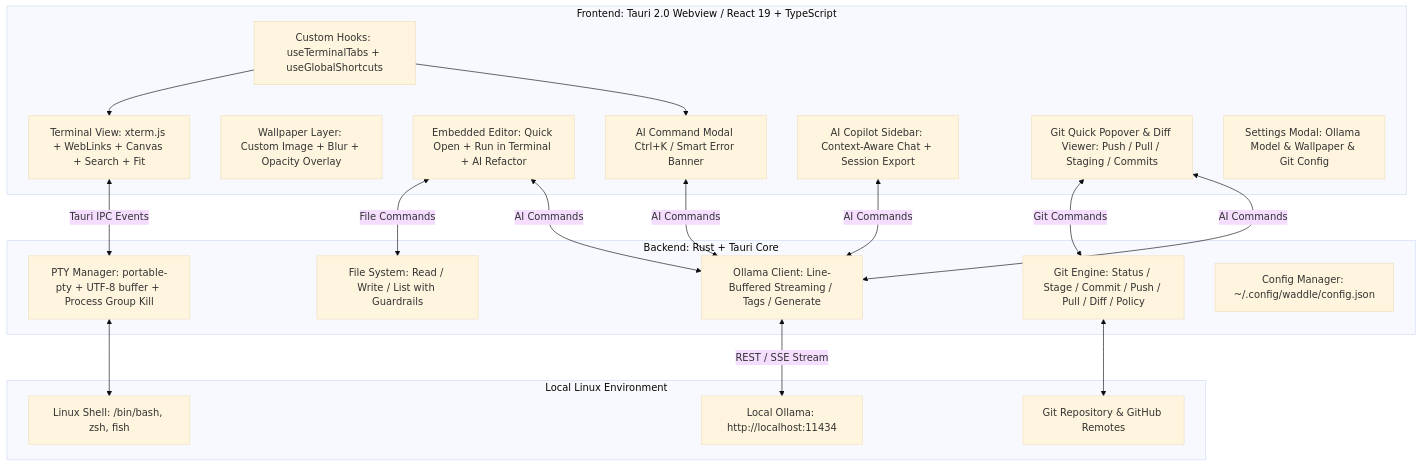
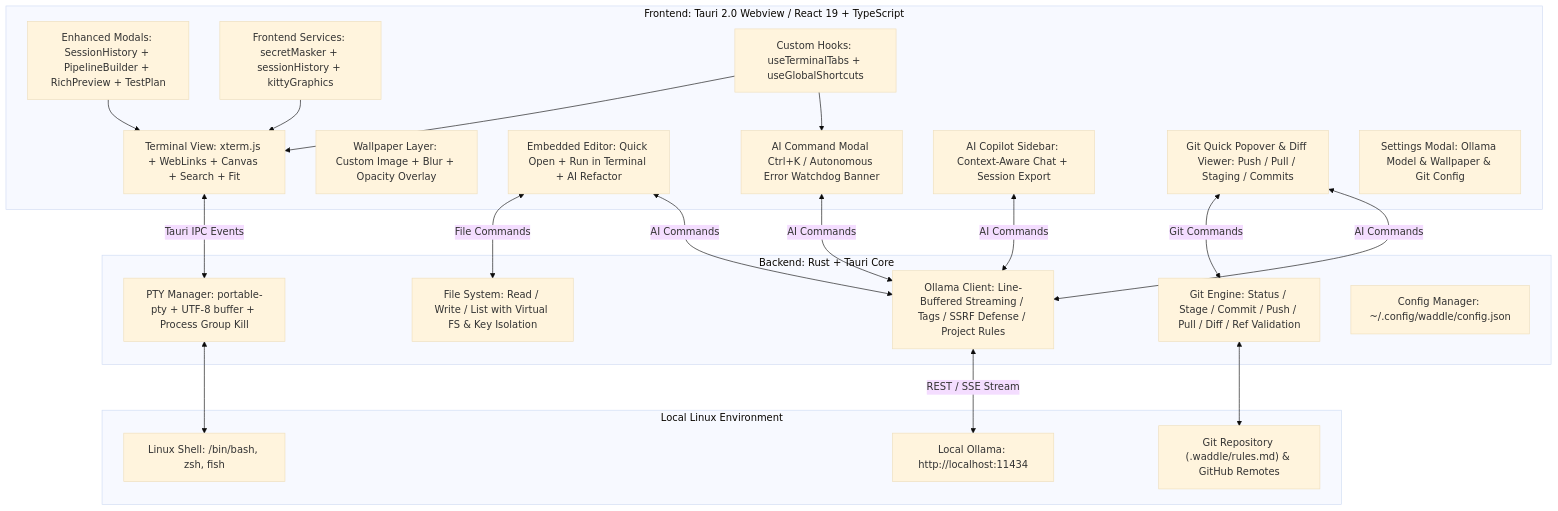
The diagram in docs/ARCHITECTURE.md (wammed/Waddle), drawn with Mermaid (base theme) before and after one commit. The commit also changed other lines of this file and 29 other files, not shown here.

Commit message:
feat: add real-time secret masking, session timeline history, rich data preview, pipeline builder, and project AI rules

````diff
--- a/docs/ARCHITECTURE.md
+++ b/docs/ARCHITECTURE.md
@@ -9,37 +9,41 @@
 ```mermaid
 graph TD
     subgraph UI_Layer ["Frontend: Tauri 2.0 Webview / React 19 + TypeScript"]
         TermView["Terminal View: xterm.js + WebLinks + Canvas + Search + Fit"]
         WallLayer["Wallpaper Layer: Custom Image + Blur + Opacity Overlay"]
         Editor["Embedded Editor: Quick Open + Run in Terminal + AI Refactor"]
-        AIOverlay["AI Command Modal Ctrl+K / Smart Error Banner"]
+        AIOverlay["AI Command Modal Ctrl+K / Autonomous Error Watchdog Banner"]
         Copilot["AI Copilot Sidebar: Context-Aware Chat + Session Export"]
         GitUI["Git Quick Popover & Diff Viewer: Push / Pull / Staging / Commits"]
+        NextGenModals["Enhanced Modals: SessionHistory + PipelineBuilder + RichPreview + TestPlan"]
+        Services["Frontend Services: secretMasker + sessionHistory + kittyGraphics"]
         Settings["Settings Modal: Ollama Model & Wallpaper & Git Config"]
         Hooks["Custom Hooks: useTerminalTabs + useGlobalShortcuts"]
     end
 
     subgraph Rust_Backend ["Backend: Rust + Tauri Core"]
         PtyMgr["PTY Manager: portable-pty + UTF-8 buffer + Process Group Kill"]
-        GitCore["Git Engine: Status / Stage / Commit / Push / Pull / Diff / Policy"]
-        AiCore["Ollama Client: Line-Buffered Streaming / Tags / Generate"]
-        FileIO["File System: Read / Write / List with Guardrails"]
+        GitCore["Git Engine: Status / Stage / Commit / Push / Pull / Diff / Ref Validation"]
+        AiCore["Ollama Client: Line-Buffered Streaming / Tags / SSRF Defense / Project Rules"]
+        FileIO["File System: Read / Write / List with Virtual FS & Key Isolation"]
         ConfigMgr["Config Manager: ~/.config/waddle/config.json"]
     end
 
     subgraph System_Layer ["Local Linux Environment"]
         Shell["Linux Shell: /bin/bash, zsh, fish"]
-        GitRepo["Git Repository & GitHub Remotes"]
+        GitRepo["Git Repository (.waddle/rules.md) & GitHub Remotes"]
         Ollama["Local Ollama: http://localhost:11434"]
     end
 
     TermView <-->|Tauri IPC Events| PtyMgr
     PtyMgr <--> Shell
     GitUI <-->|Git Commands| GitCore
     GitCore <--> GitRepo
     Editor <-->|File Commands| FileIO
     AIOverlay & Copilot & Editor & GitUI <-->|AI Commands| AiCore
     AiCore <-->|REST / SSE Stream| Ollama
     Hooks --> TermView
     Hooks --> AIOverlay
+    Services --> TermView
+    NextGenModals --> TermView
 ```
````
